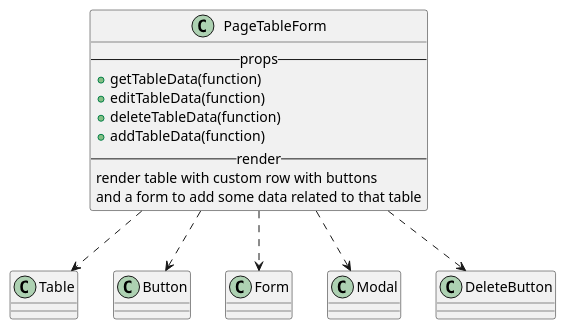
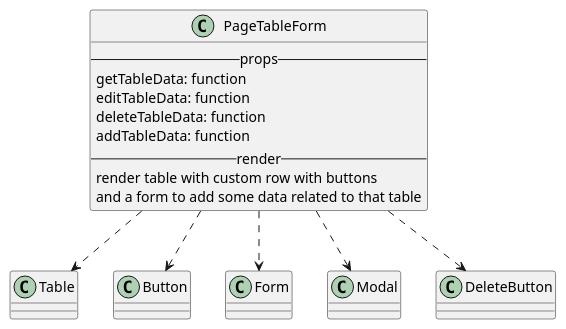
The diagram in react/custom/pageTableForm.iuml (M9k/Marvin-Uml), drawn with PlantUML before and after one commit. The commit also changed 15 other files, not shown here.

```diff
--- a/react/custom/pageTableForm.iuml
+++ b/react/custom/pageTableForm.iuml
@@ -1,15 +1,15 @@
 class PageTableForm{
     --props--
-        + getTableData(function)
-        + editTableData(function)
-        + deleteTableData(function)
-        + addTableData(function)
+        getTableData: function
+        editTableData: function
+        deleteTableData: function
+        addTableData: function
     --render--
         render table with custom row with buttons
         and a form to add some data related to that table
 }
 PageTableForm ..> Table
 PageTableForm ..> Button
 PageTableForm ..> Form
 PageTableForm ..> Modal
 PageTableForm ..> DeleteButton
```
